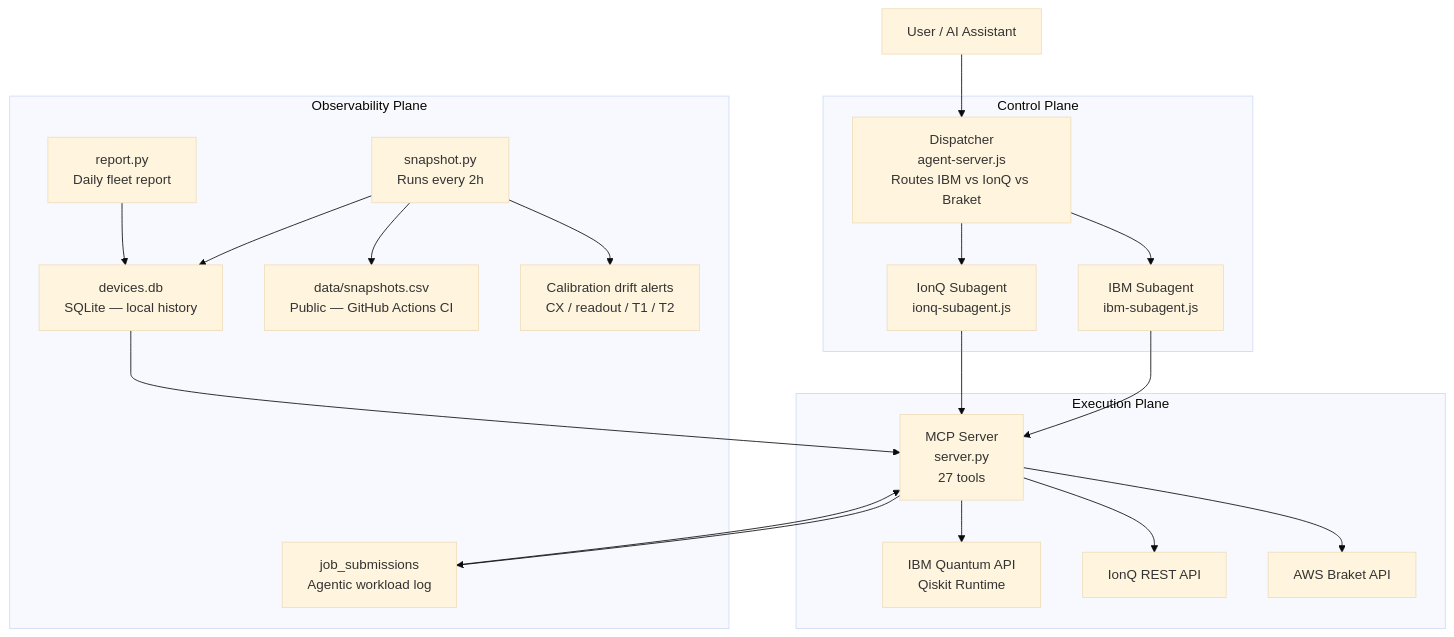
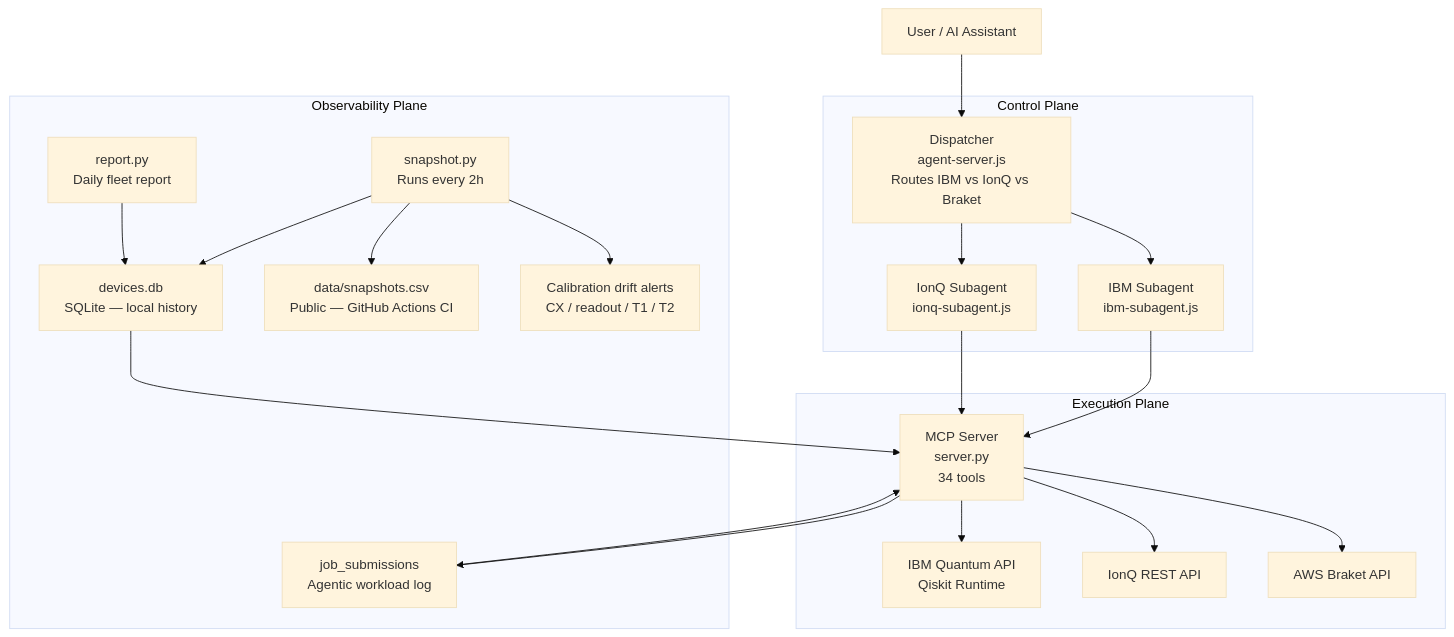
Before and after one commit to Lokesh-2025/quantum-hardware-mcp: the diagram in README.md, drawn with Mermaid (base theme). The commit also changed other lines of this file, not shown here.

First line of the commit message:
docs: rewrite README — full experiment history, 34 tools, LNAA breakthrough

````diff
--- a/README.md
+++ b/README.md
@@ -41,42 +64,42 @@
 ```mermaid
 graph TD
     User["User / AI Assistant"]
 
     subgraph Control Plane
         Dispatcher["Dispatcher\nagent-server.js\nRoutes IBM vs IonQ vs Braket"]
         IBMAgent["IBM Subagent\nibm-subagent.js"]
         IonQAgent["IonQ Subagent\nionq-subagent.js"]
     end
 
     subgraph Execution Plane
-        MCP["MCP Server\nserver.py\n27 tools"]
+        MCP["MCP Server\nserver.py\n34 tools"]
         IBMAPI["IBM Quantum API\nQiskit Runtime"]
         IonQAPI["IonQ REST API"]
         BraketAPI["AWS Braket API"]
     end
 
     subgraph Observability Plane
         Snapshot["snapshot.py\nRuns every 2h"]
         DB["devices.db\nSQLite — local history"]
         CSV["data/snapshots.csv\nPublic — GitHub Actions CI"]
         Jobs["job_submissions\nAgentic workload log"]
         Report["report.py\nDaily fleet report"]
         Alerts["Calibration drift alerts\nCX / readout / T1 / T2"]
     end
 
     User --> Dispatcher
     Dispatcher --> IBMAgent
     Dispatcher --> IonQAgent
     IBMAgent --> MCP
     IonQAgent --> MCP
     MCP --> IBMAPI
     MCP --> IonQAPI
     MCP --> BraketAPI
     Snapshot --> DB
     Snapshot --> CSV
     Snapshot --> Alerts
     MCP --> Jobs
     DB --> MCP
     Jobs --> MCP
     Report --> DB
 ```
````
